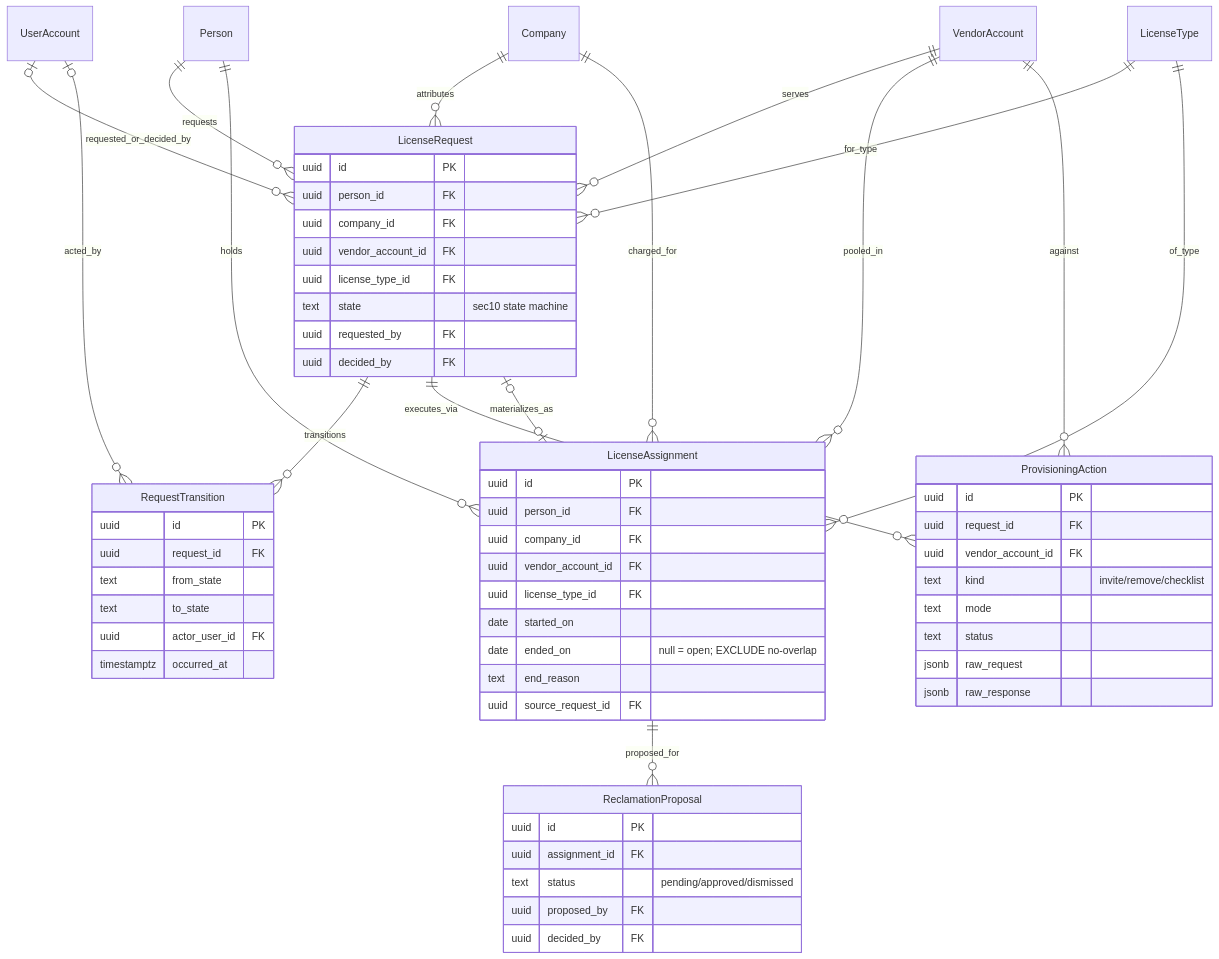
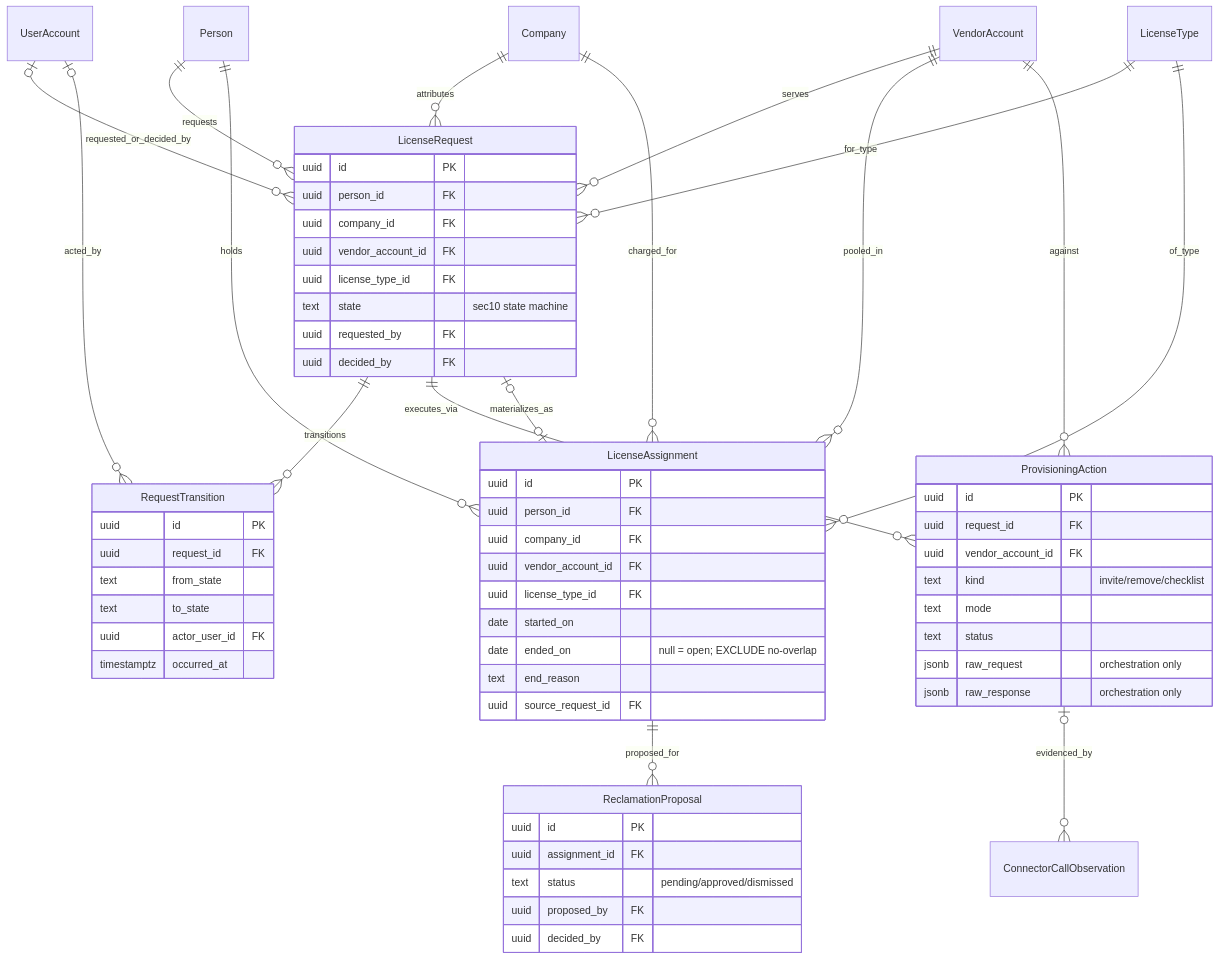
One commit to fcostudios/opensmp changed the third of 5 diagrams in docs/specs/04_er_model.md. Above: the diagram before and after it, drawn with Mermaid. The commit also changed other lines of this file and 16 other files, not shown here.

````diff
--- a/docs/specs/04_er_model.md
+++ b/docs/specs/04_er_model.md
@@ -764,64 +800,65 @@
 ```mermaid
 erDiagram
     Person ||--o{ LicenseRequest : "requests"
     Company ||--o{ LicenseRequest : "attributes"
     VendorAccount ||--o{ LicenseRequest : "serves"
     LicenseType ||--o{ LicenseRequest : "for_type"
     LicenseRequest ||--o{ RequestTransition : "transitions"
     LicenseRequest ||--o{ ProvisioningAction : "executes_via"
     LicenseAssignment ||--o{ ReclamationProposal : "proposed_for"
     LicenseRequest |o--o| LicenseAssignment : "materializes_as"
     Person ||--o{ LicenseAssignment : "holds"
     Company ||--o{ LicenseAssignment : "charged_for"
     VendorAccount ||--o{ LicenseAssignment : "pooled_in"
     LicenseType ||--o{ LicenseAssignment : "of_type"
     VendorAccount ||--o{ ProvisioningAction : "against"
+    ProvisioningAction |o--o{ ConnectorCallObservation : "evidenced_by"
     UserAccount |o--o{ LicenseRequest : "requested_or_decided_by"
     UserAccount |o--o{ RequestTransition : "acted_by"
     LicenseRequest {
         uuid id PK
         uuid person_id FK
         uuid company_id FK
         uuid vendor_account_id FK
         uuid license_type_id FK
         text state "sec10 state machine"
         uuid requested_by FK
         uuid decided_by FK
     }
     RequestTransition {
         uuid id PK
         uuid request_id FK
         text from_state
         text to_state
         uuid actor_user_id FK
         timestamptz occurred_at
     }
     LicenseAssignment {
         uuid id PK
         uuid person_id FK
         uuid company_id FK
         uuid vendor_account_id FK
         uuid license_type_id FK
         date started_on
         date ended_on "null = open; EXCLUDE no-overlap"
         text end_reason
         uuid source_request_id FK
     }
     ProvisioningAction {
         uuid id PK
         uuid request_id FK
         uuid vendor_account_id FK
         text kind "invite/remove/checklist"
         text mode
         text status
-        jsonb raw_request
-        jsonb raw_response
+        jsonb raw_request "orchestration only"
+        jsonb raw_response "orchestration only"
     }
     ReclamationProposal {
         uuid id PK
         uuid assignment_id FK
         text status "pending/approved/dismissed"
         uuid proposed_by FK
         uuid decided_by FK
     }
 ```
````
